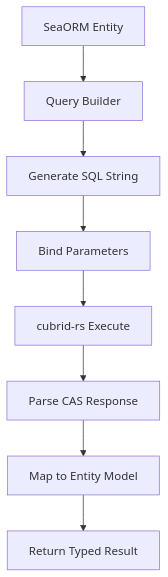
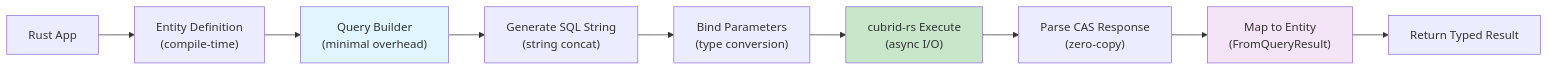
The second of 2 diagrams in docs/PERFORMANCE.md (cubrid-labs/sea-orm-cubrid), drawn with Mermaid before and after one commit. The commit also changed other lines of this file and 2 other files, not shown here.

Commit message:
docs: add roadmap with milestone links

````diff
--- a/docs/PERFORMANCE.md
+++ b/docs/PERFORMANCE.md
@@ -22,10 +69,15 @@
 ```mermaid
-flowchart TD
-    Entity[SeaORM Entity] --> QB[Query Builder]
-    QB --> SQL[Generate SQL String]
-    SQL --> Bind[Bind Parameters]
-    Bind --> Driver[cubrid-rs Execute]
-    Driver --> Parse[Parse CAS Response]
-    Parse --> Map[Map to Entity Model]
-    Map --> Result[Return Typed Result]
+flowchart LR
+    App["Rust App"] --> Entity["Entity Definition<br/>(compile-time)"]
+    Entity --> QB["Query Builder<br/>(minimal overhead)"]
+    QB --> SQL["Generate SQL String<br/>(string concat)"]
+    SQL --> Bind["Bind Parameters<br/>(type conversion)"]
+    Bind --> Driver["cubrid-rs Execute<br/>(async I/O)"]
+    Driver --> Parse["Parse CAS Response<br/>(zero-copy)"]
+    Parse --> Map["Map to Entity<br/>(FromQueryResult)"]
+    Map --> Result["Return Typed Result"]
+    
+    style Map fill:#f3e5f5
+    style QB fill:#e1f5ff
+    style Driver fill:#c8e6c9
 ```
````
